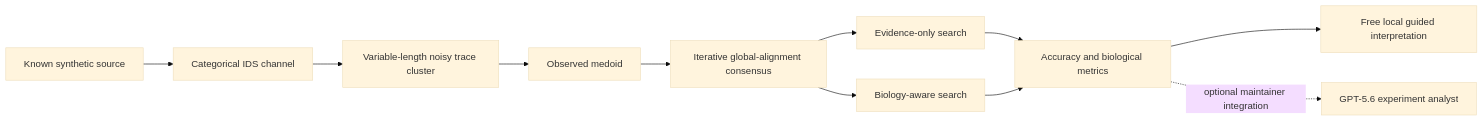
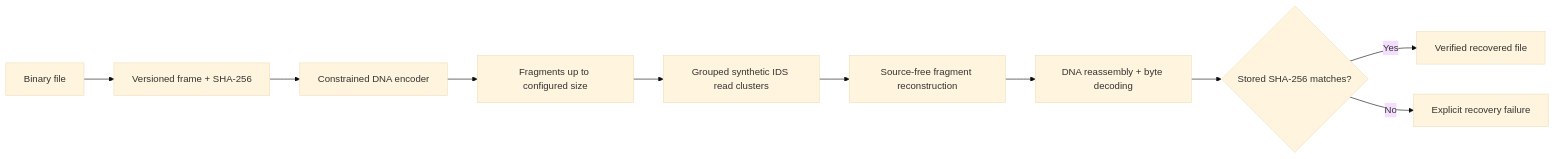
Before and after one commit to 772q5xpjpx-alt/helixtrace: the diagram in README.md, drawn with Mermaid (base theme). The commit also changed other lines of this file and 25 other files, not shown here.

Commit message:
feat: add end-to-end DNA file recovery

````diff
--- a/README.md
+++ b/README.md
@@ -56,13 +43,12 @@
 ```mermaid
 flowchart LR
-    A["Known synthetic source"] --> B["Categorical IDS channel"]
-    B --> C["Variable-length noisy trace cluster"]
-    C --> D["Observed medoid"]
-    D --> E["Iterative global-alignment consensus"]
-    E --> F["Evidence-only search"]
-    E --> G["Biology-aware search"]
-    F --> H["Accuracy and biological metrics"]
-    G --> H
-    H --> I["Free local guided interpretation"]
-    H -. "optional maintainer integration" .-> J["GPT-5.6 experiment analyst"]
+    A["Binary file"] --> B["Versioned frame + SHA-256"]
+    B --> C["Constrained DNA encoder"]
+    C --> D["Fragments up to configured size"]
+    D --> E["Grouped synthetic IDS read clusters"]
+    E --> F["Source-free fragment reconstruction"]
+    F --> G["DNA reassembly + byte decoding"]
+    G --> H{"Stored SHA-256 matches?"}
+    H -->|Yes| I["Verified recovered file"]
+    H -->|No| J["Explicit recovery failure"]
 ```
````
